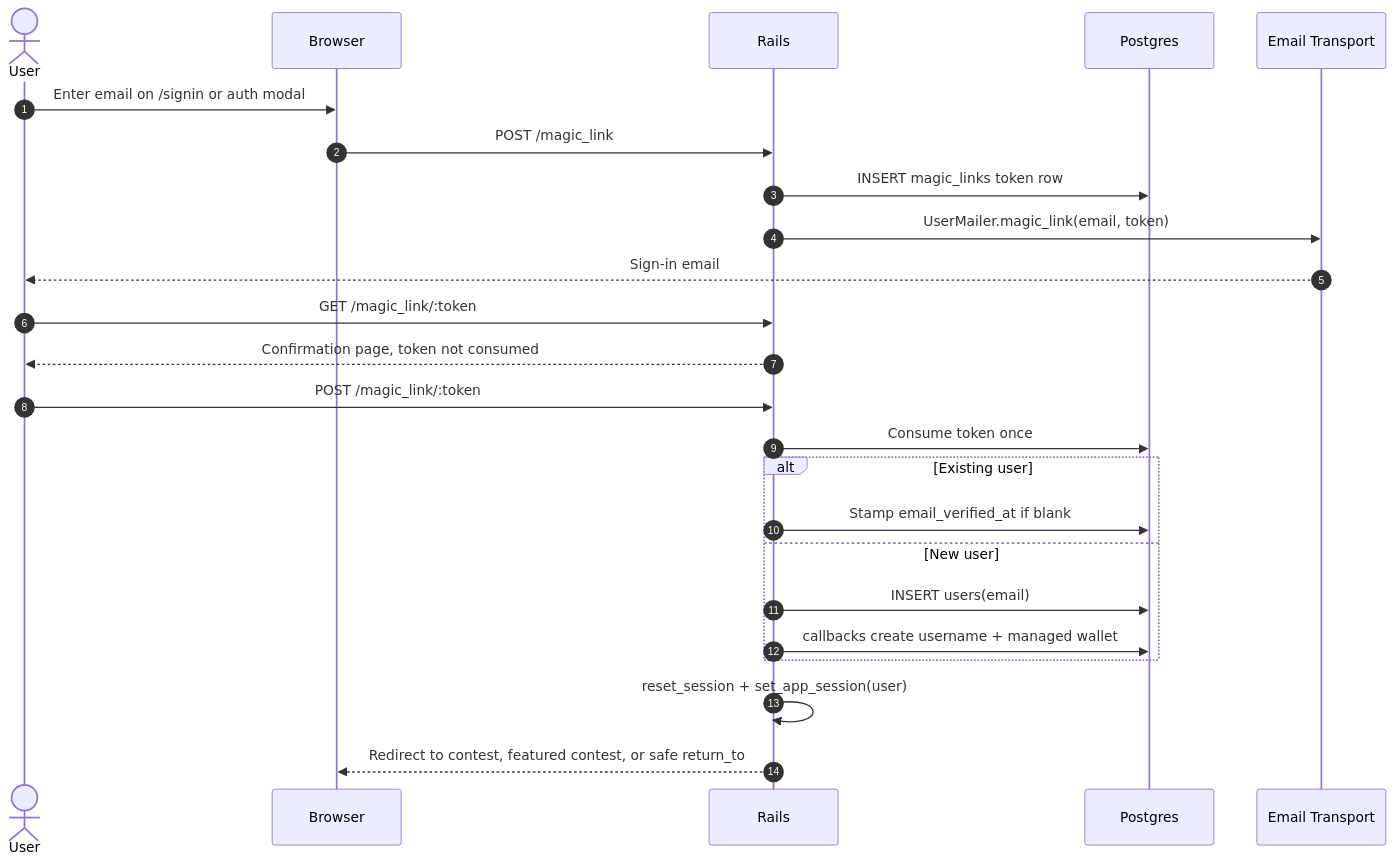
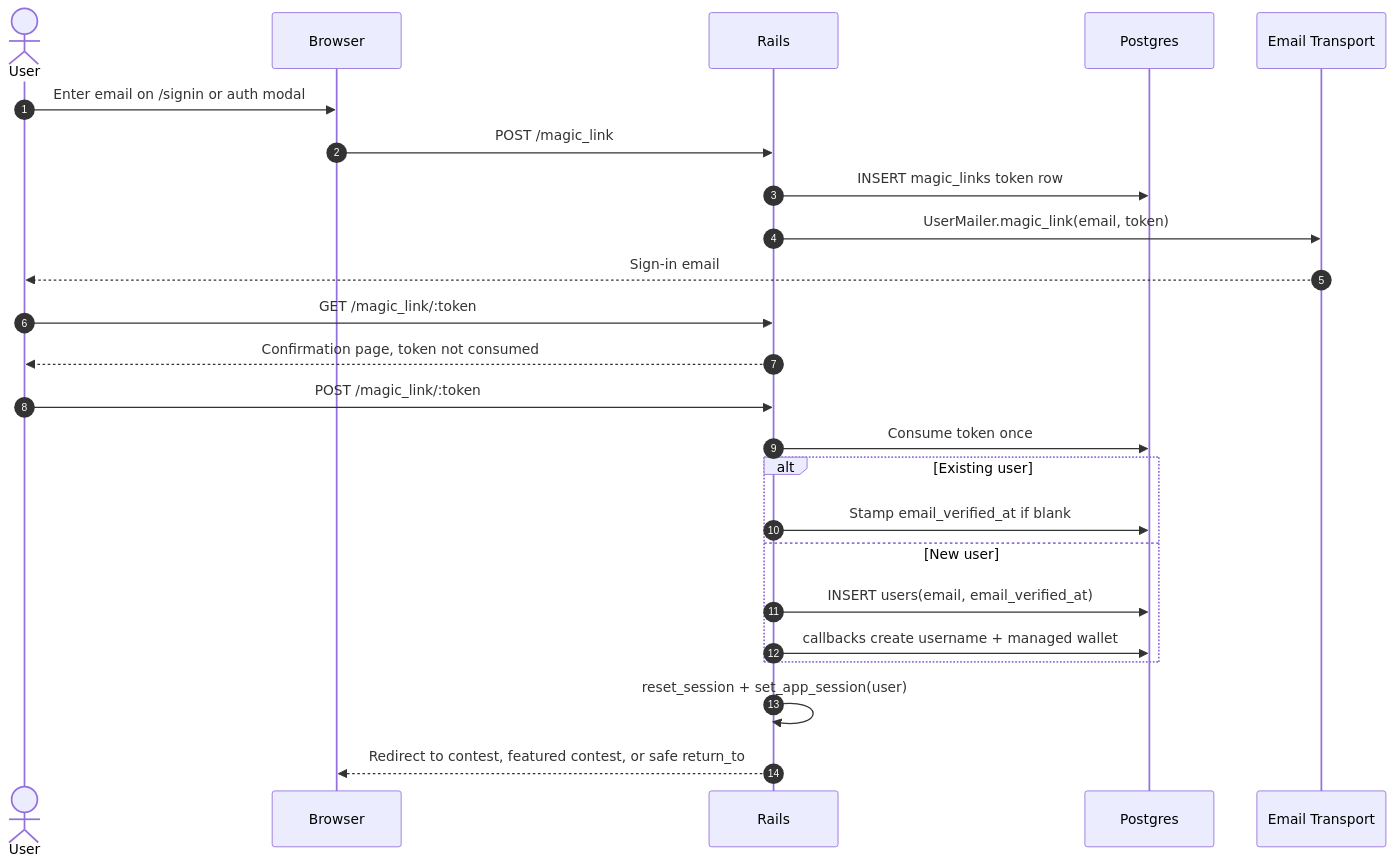
One commit to McRitchie-Studio/turf-monster changed the first of 3 diagrams in docs/SIGNUP_FLOWS.md. Above: the diagram before and after it, drawn with Mermaid. The commit also changed 9 other files, not shown here.

````diff
--- a/docs/SIGNUP_FLOWS.md
+++ b/docs/SIGNUP_FLOWS.md
@@ -83,27 +83,27 @@
 ```mermaid
 sequenceDiagram
     autonumber
     actor U as User
     participant FE as Browser
     participant BE as Rails
     participant DB as Postgres
     participant MAIL as Email Transport
 
     U->>FE: Enter email on /signin or auth modal
     FE->>BE: POST /magic_link
     BE->>DB: INSERT magic_links token row
     BE->>MAIL: UserMailer.magic_link(email, token)
     MAIL-->>U: Sign-in email
     U->>BE: GET /magic_link/:token
     BE-->>U: Confirmation page, token not consumed
     U->>BE: POST /magic_link/:token
     BE->>DB: Consume token once
     alt Existing user
         BE->>DB: Stamp email_verified_at if blank
     else New user
-        BE->>DB: INSERT users(email)
+        BE->>DB: INSERT users(email, email_verified_at)
         BE->>DB: callbacks create username + managed wallet
     end
     BE->>BE: reset_session + set_app_session(user)
     BE-->>FE: Redirect to contest, featured contest, or safe return_to
 ```
````
